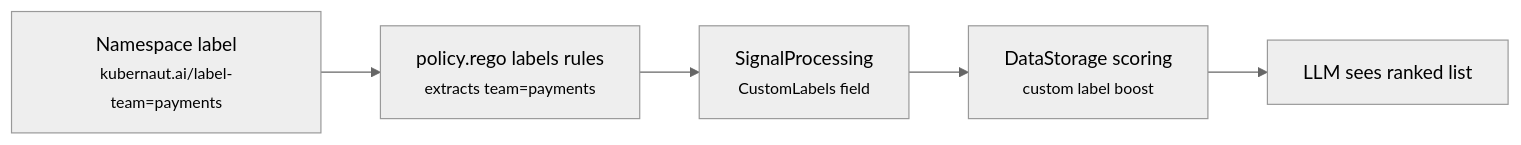
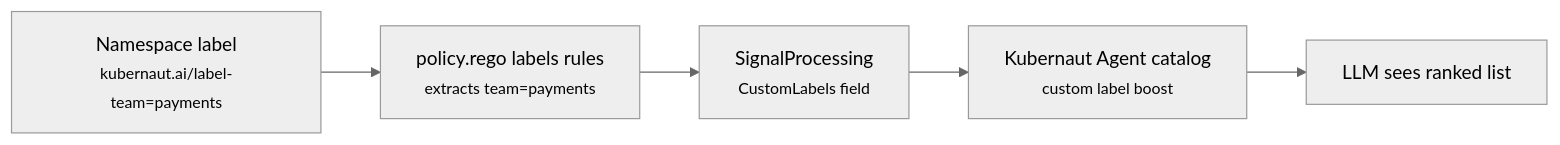
The diagram in docs/user-guide/workflow-authoring.md (jordigilh/kubernaut-docs), drawn with Mermaid (neutral theme) before and after one commit. The commit also changed other lines of this file and 1 other file, not shown here.

First line of the commit message:
docs: rewrite workflow catalog docs for v1.6 KA-owned catalog and Fleet cluster label

````diff
--- a/docs/user-guide/workflow-authoring.md
+++ b/docs/user-guide/workflow-authoring.md
@@ -146,7 +146,7 @@
 ```mermaid
 flowchart LR
     NS["Namespace label<br/><small>kubernaut.ai/label-team=payments</small>"] --> Rego["policy.rego labels rules<br/><small>extracts team=payments</small>"]
     Rego --> SP["SignalProcessing<br/><small>CustomLabels field</small>"]
-    SP --> DS["DataStorage scoring<br/><small>custom label boost</small>"]
-    DS --> LLM["LLM sees ranked list"]
+    SP --> KA["Kubernaut Agent catalog<br/><small>custom label boost</small>"]
+    KA --> LLM["LLM sees ranked list"]
 ```
````
